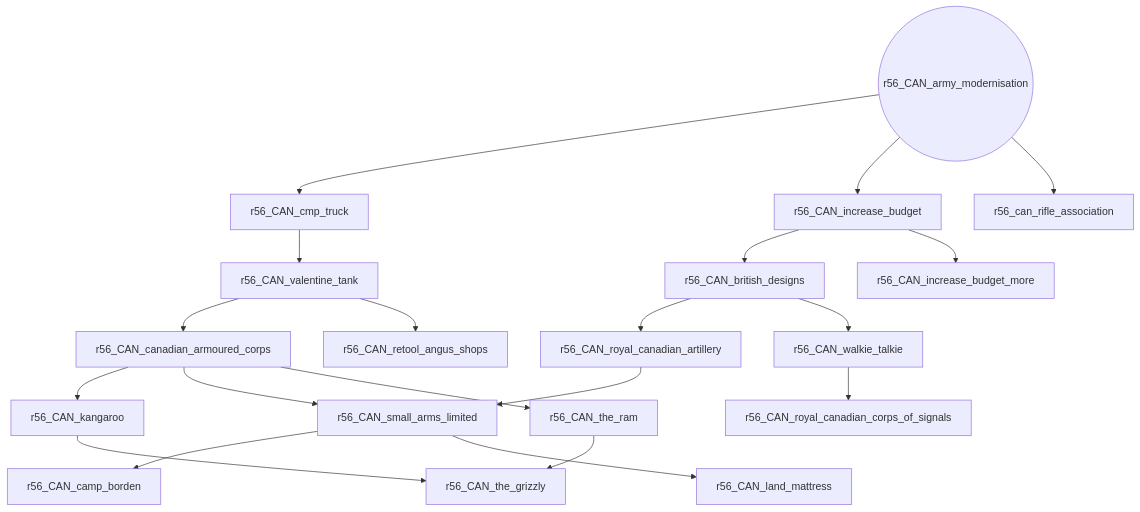
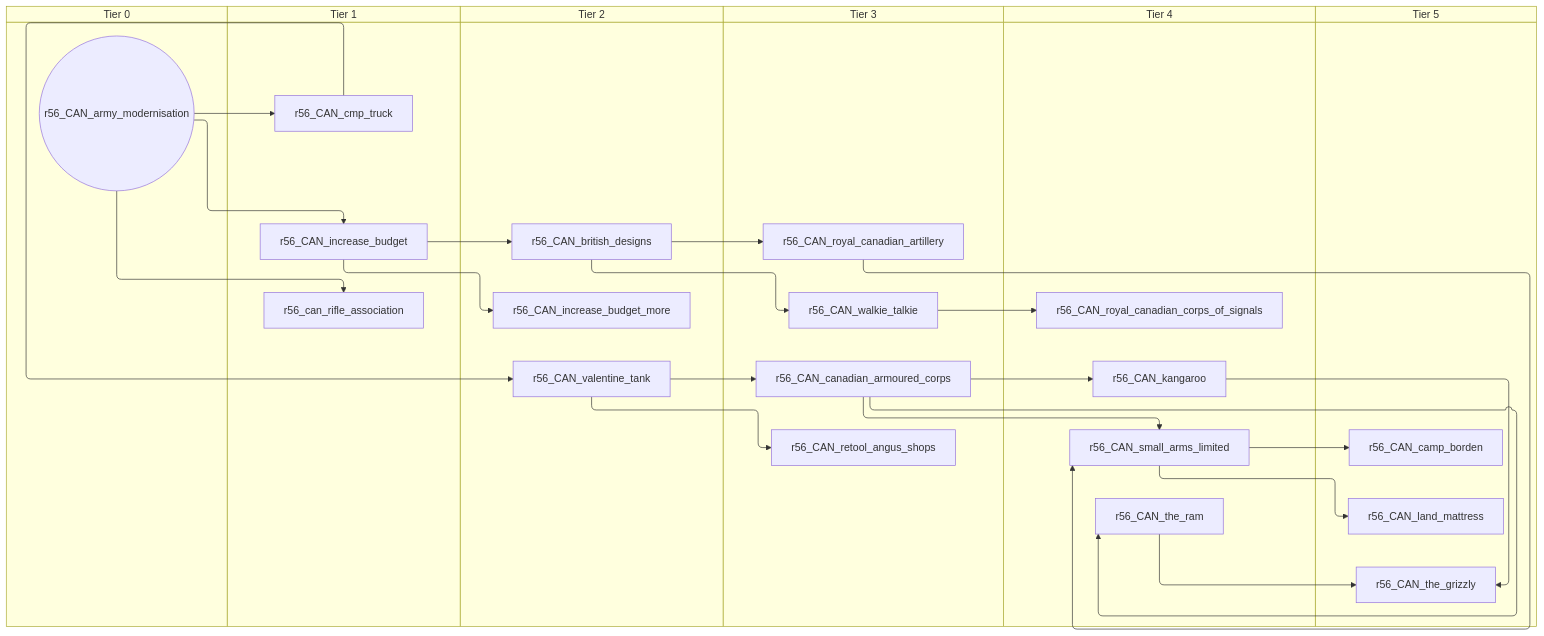
The first of 11 diagrams in docs/gdd/National Focuses/canada.md (evgeny-sobol/hoi4-sandbox-mode-r56), drawn with Mermaid before and after one commit. The commit also changed other lines of this file and 423 other files, not shown here.

First line of the commit message:
Re-export Rt56 focus trees as swimlane diagrams

````diff
--- a/docs/gdd/National Focuses/canada.md
+++ b/docs/gdd/National Focuses/canada.md
@@ -3,40 +3,52 @@
 ```mermaid
-flowchart TD
-    n1(("r56_CAN_army_modernisation"))
-    n2["r56_CAN_british_designs"]
-    n3["r56_CAN_camp_borden"]
-    n4["r56_CAN_canadian_armoured_corps"]
-    n5["r56_CAN_cmp_truck"]
-    n6["r56_CAN_increase_budget"]
-    n7["r56_CAN_increase_budget_more"]
-    n8["r56_CAN_kangaroo"]
-    n9["r56_CAN_land_mattress"]
-    n10["r56_CAN_retool_angus_shops"]
-    n11["r56_CAN_royal_canadian_artillery"]
-    n12["r56_CAN_royal_canadian_corps_of_signals"]
-    n13["r56_CAN_small_arms_limited"]
-    n14["r56_CAN_the_grizzly"]
-    n15["r56_CAN_the_ram"]
-    n16["r56_CAN_valentine_tank"]
-    n17["r56_CAN_walkie_talkie"]
-    n18["r56_can_rifle_association"]
-    n6 --> n2
-    n13 --> n3
-    n16 --> n4
-    n1 --> n5
-    n1 --> n6
-    n6 --> n7
-    n4 --> n8
-    n13 --> n9
-    n16 --> n10
-    n2 --> n11
-    n17 --> n12
+swimlane-beta TD
+    subgraph tier_0["Tier 0"]
+        n1(("r56_CAN_army_modernisation"))
+    end
+    subgraph tier_1["Tier 1"]
+        n2["r56_CAN_cmp_truck"]
+        n3["r56_CAN_increase_budget"]
+        n4["r56_can_rifle_association"]
+    end
+    subgraph tier_2["Tier 2"]
+        n5["r56_CAN_british_designs"]
+        n6["r56_CAN_increase_budget_more"]
+        n7["r56_CAN_valentine_tank"]
+    end
+    subgraph tier_3["Tier 3"]
+        n8["r56_CAN_canadian_armoured_corps"]
+        n9["r56_CAN_retool_angus_shops"]
+        n10["r56_CAN_royal_canadian_artillery"]
+        n11["r56_CAN_walkie_talkie"]
+    end
+    subgraph tier_4["Tier 4"]
+        n12["r56_CAN_kangaroo"]
+        n13["r56_CAN_royal_canadian_corps_of_signals"]
+        n14["r56_CAN_small_arms_limited"]
+        n15["r56_CAN_the_ram"]
+    end
+    subgraph tier_5["Tier 5"]
+        n16["r56_CAN_camp_borden"]
+        n17["r56_CAN_land_mattress"]
+        n18["r56_CAN_the_grizzly"]
+    end
+    n3 --> n5
+    n14 --> n16
+    n7 --> n8
+    n1 --> n2
+    n1 --> n3
+    n3 --> n6
+    n8 --> n12
+    n14 --> n17
+    n7 --> n9
+    n5 --> n10
     n11 --> n13
-    n4 --> n13
+    n10 --> n14
     n8 --> n14
-    n15 --> n14
-    n4 --> n15
-    n5 --> n16
-    n2 --> n17
-    n1 --> n18
+    n12 --> n18
+    n15 --> n18
+    n8 --> n15
+    n2 --> n7
+    n5 --> n11
+    n1 --> n4
 ```
````
